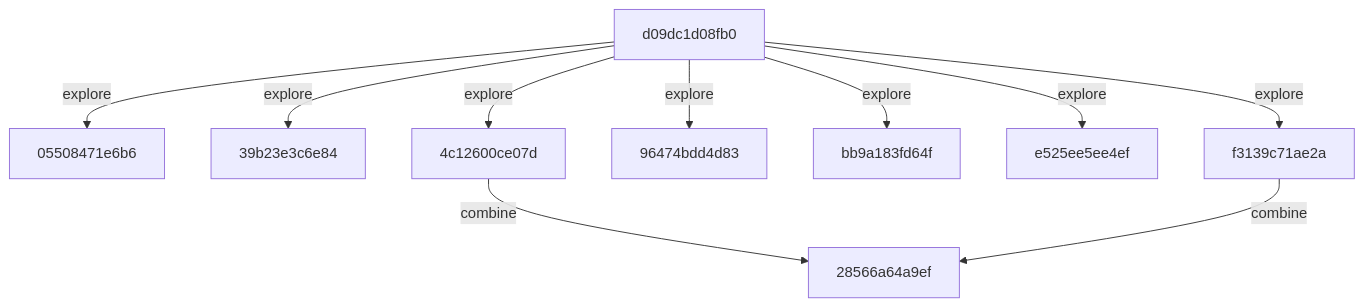
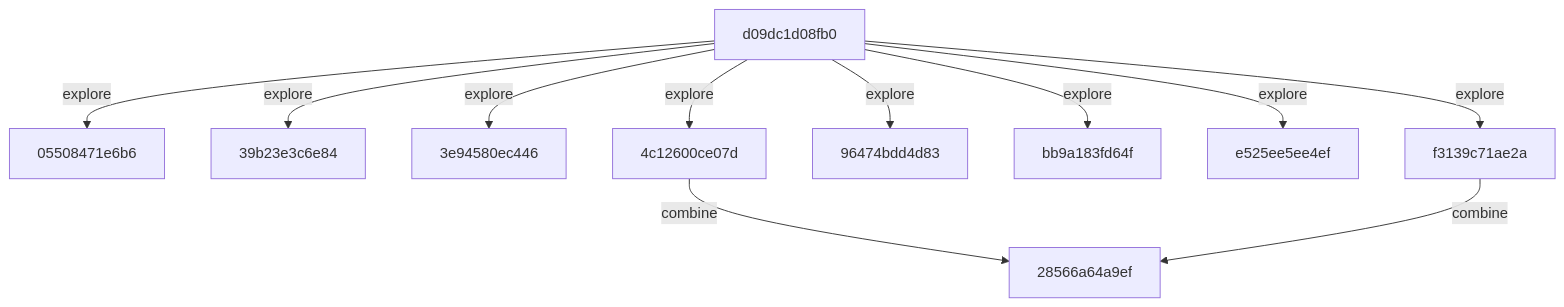
The diagram in README.md (timbtz/feyer-search-lab), drawn with Mermaid before and after one commit. The commit also changed other lines of this file and 1 other file, not shown here.

Commit message:
research: timbtz

````diff
--- a/README.md
+++ b/README.md
@@ -23,21 +23,23 @@
 ```mermaid
 graph TD
   c0["05508471e6b6"]
   c1["28566a64a9ef"]
   c2["39b23e3c6e84"]
-  c3["4c12600ce07d"]
-  c4["96474bdd4d83"]
-  c5["bb9a183fd64f"]
-  c6["d09dc1d08fb0"]
-  c7["e525ee5ee4ef"]
-  c8["f3139c71ae2a"]
-  c3 -->|combine| c1
-  c6 -->|explore| c0
-  c6 -->|explore| c2
-  c6 -->|explore| c3
-  c6 -->|explore| c4
-  c6 -->|explore| c5
-  c6 -->|explore| c7
-  c6 -->|explore| c8
-  c8 -->|combine| c1
+  c3["3e94580ec446"]
+  c4["4c12600ce07d"]
+  c5["96474bdd4d83"]
+  c6["bb9a183fd64f"]
+  c7["d09dc1d08fb0"]
+  c8["e525ee5ee4ef"]
+  c9["f3139c71ae2a"]
+  c4 -->|combine| c1
+  c7 -->|explore| c0
+  c7 -->|explore| c2
+  c7 -->|explore| c3
+  c7 -->|explore| c4
+  c7 -->|explore| c5
+  c7 -->|explore| c6
+  c7 -->|explore| c8
+  c7 -->|explore| c9
+  c9 -->|combine| c1
 ```
````
